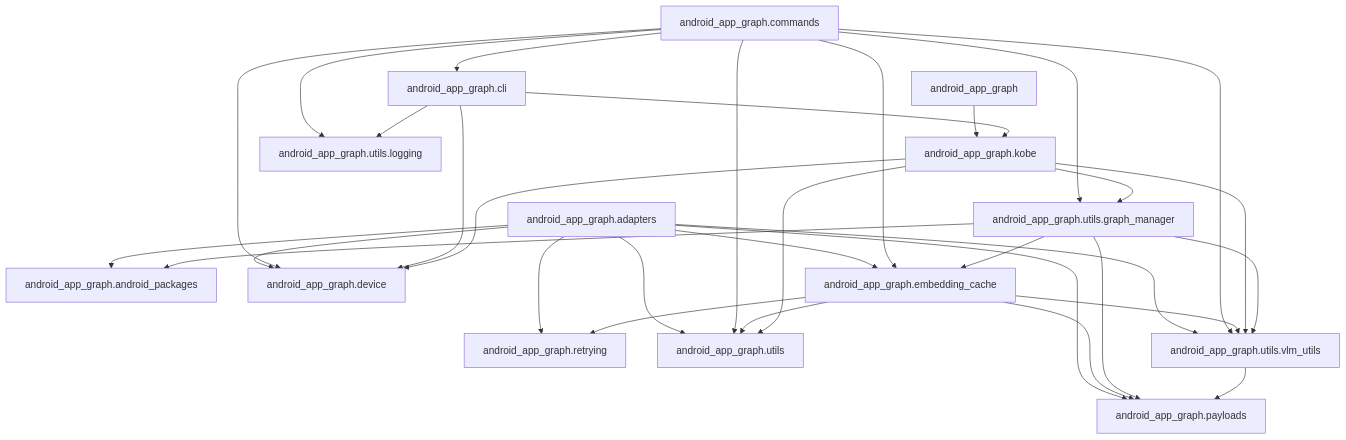
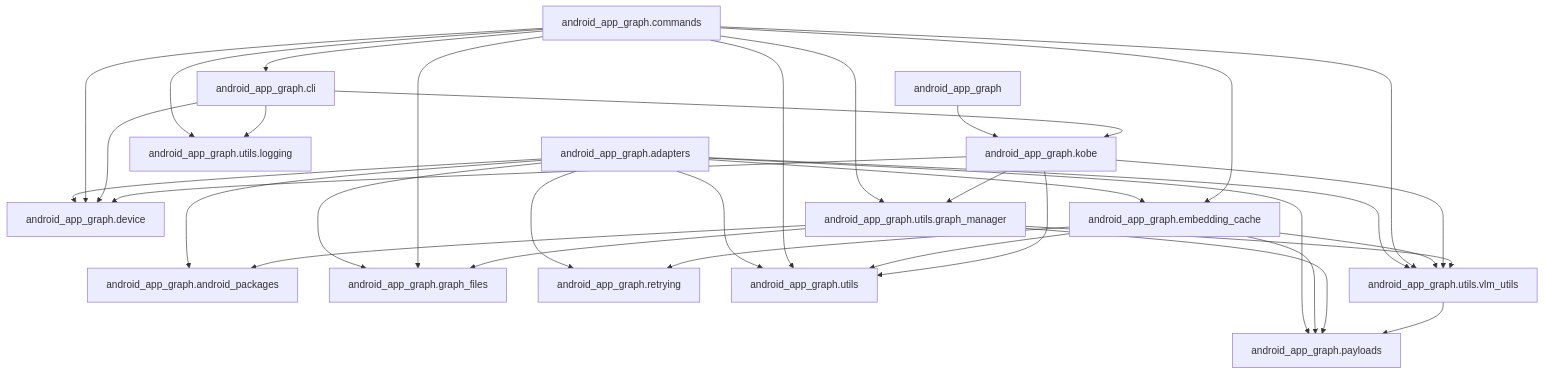
Before and after one commit to john-agi/Android-App-Graph: the diagram in README.md, drawn with Mermaid. The commit also changed 8 other files, not shown here.

First line of the commit message:
refactor: move graph-file helpers into a new leaf module graph_files

````diff
--- a/README.md
+++ b/README.md
@@ -67,34 +67,36 @@
 ```mermaid
 graph TD;
     pkg["android_app_graph"] --> kobe["android_app_graph.kobe"];
     adapters["android_app_graph.adapters"] --> pkgs["android_app_graph.android_packages"];
     adapters --> dev["android_app_graph.device"];
     adapters --> ec["android_app_graph.embedding_cache"];
+    adapters --> gf["android_app_graph.graph_files"];
     adapters --> pay["android_app_graph.payloads"];
     adapters --> retry["android_app_graph.retrying"];
     adapters --> utils["android_app_graph.utils"];
     adapters --> vlm["android_app_graph.utils.vlm_utils"];
     cmd["android_app_graph.commands"] --> cli["android_app_graph.cli"];
     cmd --> dev;
     cmd --> ec;
+    cmd --> gf;
     cmd --> utils;
     cmd --> gm["android_app_graph.utils.graph_manager"];
     cmd --> logging["android_app_graph.utils.logging"];
     cmd --> vlm;
     cli --> dev;
     cli --> kobe;
     cli --> logging;
     ec --> pay;
     ec --> retry;
     ec --> utils;
     ec --> vlm;
     kobe --> dev;
     kobe --> utils;
     kobe --> gm;
     kobe --> vlm;
     gm --> pkgs;
-    gm --> ec;
+    gm --> gf;
     gm --> pay;
     gm --> vlm;
     vlm --> pay;
 ```
````
